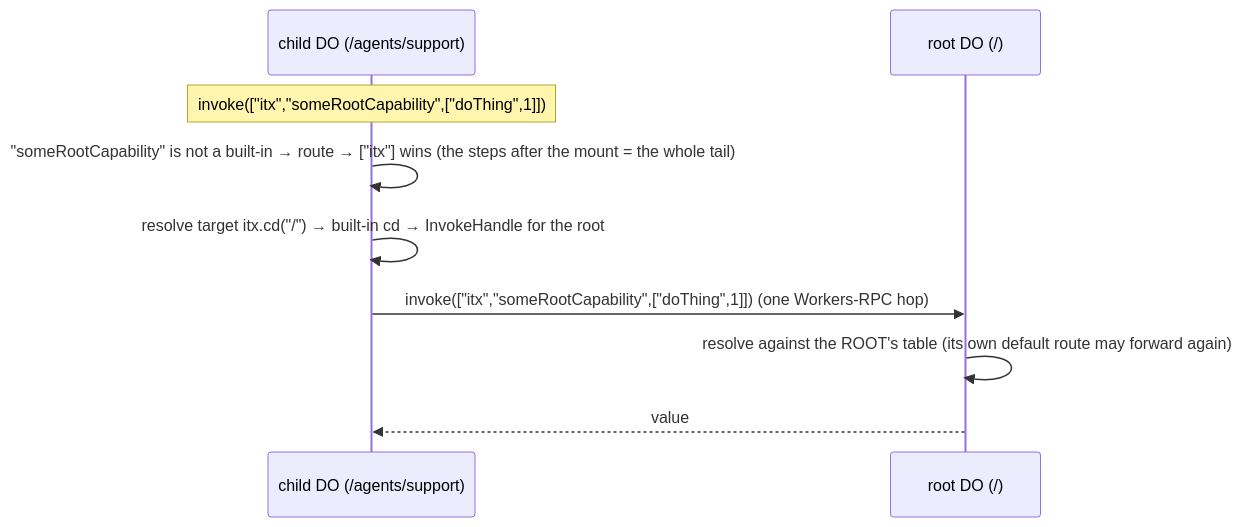
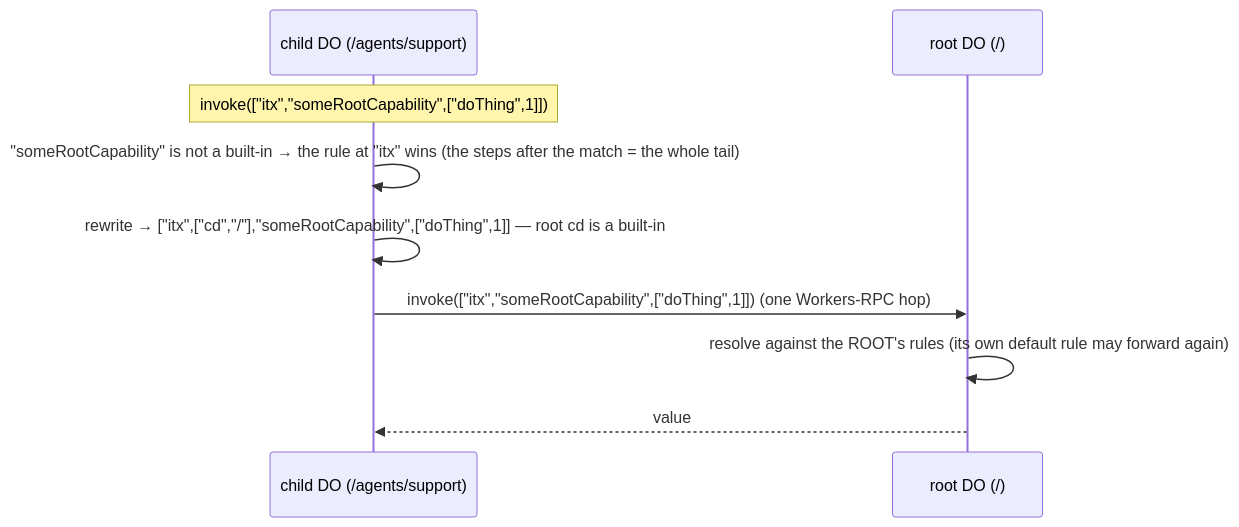
The fifth of 5 diagrams in packages/v3/project-worker/docs/clean-room-api-walkthrough.md (iterate/iterate), drawn with Mermaid before and after one commit. The commit also changed other lines of this file and 11 other files, not shown here.

````diff
--- a/packages/v3/project-worker/docs/clean-room-api-walkthrough.md
+++ b/packages/v3/project-worker/docs/clean-room-api-walkthrough.md
@@ -1307,11 +1445,11 @@
 ```mermaid
 sequenceDiagram
   participant C as child DO (/agents/support)
   participant R as root DO (/)
   Note over C: invoke(["itx","someRootCapability",["doThing",1]])
-  C->>C: "someRootCapability" is not a built-in → route → ["itx"] wins (the steps after the mount = the whole tail)
-  C->>C: resolve target itx.cd("/") → built-in cd → InvokeHandle for the root
+  C->>C: "someRootCapability" is not a built-in → the rule at "itx" wins (the steps after the match = the whole tail)
+  C->>C: rewrite → ["itx",["cd","/"],"someRootCapability",["doThing",1]] — root cd is a built-in
   C->>R: invoke(["itx","someRootCapability",["doThing",1]])   (one Workers-RPC hop)
-  R->>R: resolve against the ROOT's table (its own default route may forward again)
+  R->>R: resolve against the ROOT's rules (its own default rule may forward again)
   R-->>C: value
 ```
````
